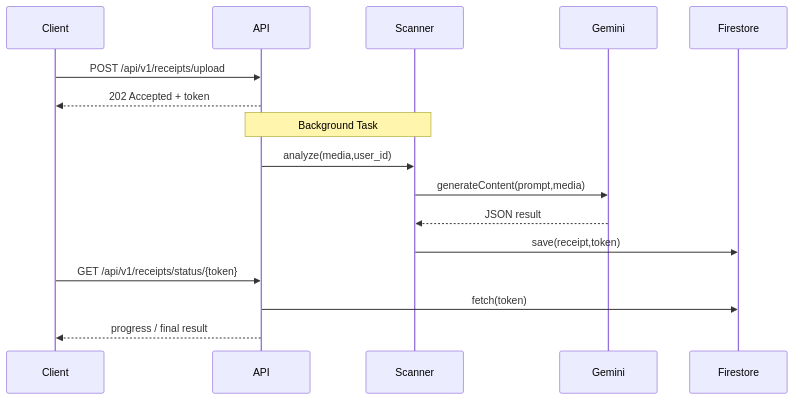
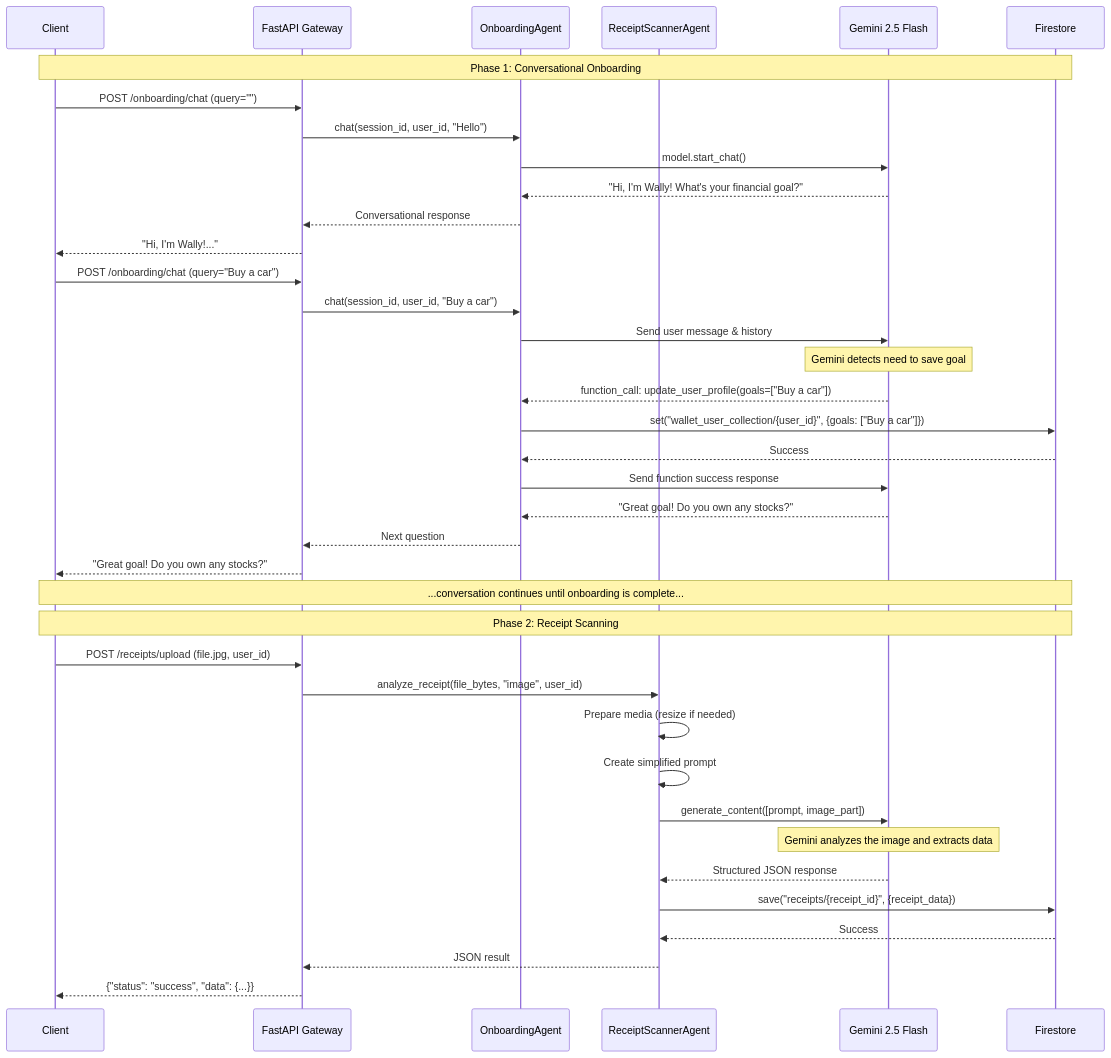
Before and after one commit to tsathya98/WalleteriumImperium: the third of 3 diagrams in README.md, drawn with Mermaid. The commit also changed other lines of this file and 7 other files, not shown here.

Commit message:
Remove weather_bot agent and related files; add test script for consolidated storage functionality in onboarding agent.

````diff
--- a/README.md
+++ b/README.md
@@ -692,18 +103,50 @@
 ```mermaid
 sequenceDiagram
     participant Client
-    participant API
-    participant Scanner
-    participant Gemini
+    participant API as FastAPI Gateway
+    participant Onboarding as OnboardingAgent
+    participant ReceiptScanner as ReceiptScannerAgent
+    participant Gemini as Gemini 2.5 Flash
     participant Firestore
-    Client->>API: POST /api/v1/receipts/upload
-    API-->>Client: 202 Accepted + token
-    Note over API,Scanner: Background Task
-    API->>Scanner: analyze(media,user_id)
-    Scanner->>Gemini: generateContent(prompt,media)
-    Gemini-->>Scanner: JSON result
-    Scanner->>Firestore: save(receipt,token)
-    Client->>API: GET /api/v1/receipts/status/{token}
-    API->>Firestore: fetch(token)
-    API-->>Client: progress / final result
+
+    %% Onboarding Flow %%
+    Note over Client, Firestore: Phase 1: Conversational Onboarding
+    Client->>API: POST /onboarding/chat (query="")
+    API->>Onboarding: chat(session_id, user_id, "Hello")
+    Onboarding->>Gemini: model.start_chat()
+    Gemini-->>Onboarding: "Hi, I'm Wally! What's your financial goal?"
+    Onboarding-->>API: Conversational response
+    API-->>Client: "Hi, I'm Wally!..."
+
+    Client->>API: POST /onboarding/chat (query="Buy a car")
+    API->>Onboarding: chat(session_id, user_id, "Buy a car")
+    Onboarding->>Gemini: Send user message & history
+    
+    Note over Gemini: Gemini detects need to save goal
+    Gemini-->>Onboarding: function_call: update_user_profile(goals=["Buy a car"])
+    
+    Onboarding->>Firestore: set("wallet_user_collection/{user_id}", {goals: ["Buy a car"]})
+    Firestore-->>Onboarding: Success
+    Onboarding->>Gemini: Send function success response
+    Gemini-->>Onboarding: "Great goal! Do you own any stocks?"
+    Onboarding-->>API: Next question
+    API-->>Client: "Great goal! Do you own any stocks?"
+
+    Note over Client, Firestore: ...conversation continues until onboarding is complete...
+
+    %% Receipt Scanning Flow %%
+    Note over Client, Firestore: Phase 2: Receipt Scanning
+    Client->>API: POST /receipts/upload (file.jpg, user_id)
+    API->>ReceiptScanner: analyze_receipt(file_bytes, "image", user_id)
+    ReceiptScanner->>ReceiptScanner: Prepare media (resize if needed)
+    ReceiptScanner->>ReceiptScanner: Create simplified prompt
+    ReceiptScanner->>Gemini: generate_content([prompt, image_part])
+    
+    Note over Gemini: Gemini analyzes the image and extracts data
+    Gemini-->>ReceiptScanner: Structured JSON response
+    
+    ReceiptScanner->>Firestore: save("receipts/{receipt_id}", {receipt_data})
+    Firestore-->>ReceiptScanner: Success
+    ReceiptScanner-->>API: JSON result
+    API-->>Client: {"status": "success", "data": {...}}
 ```
````
